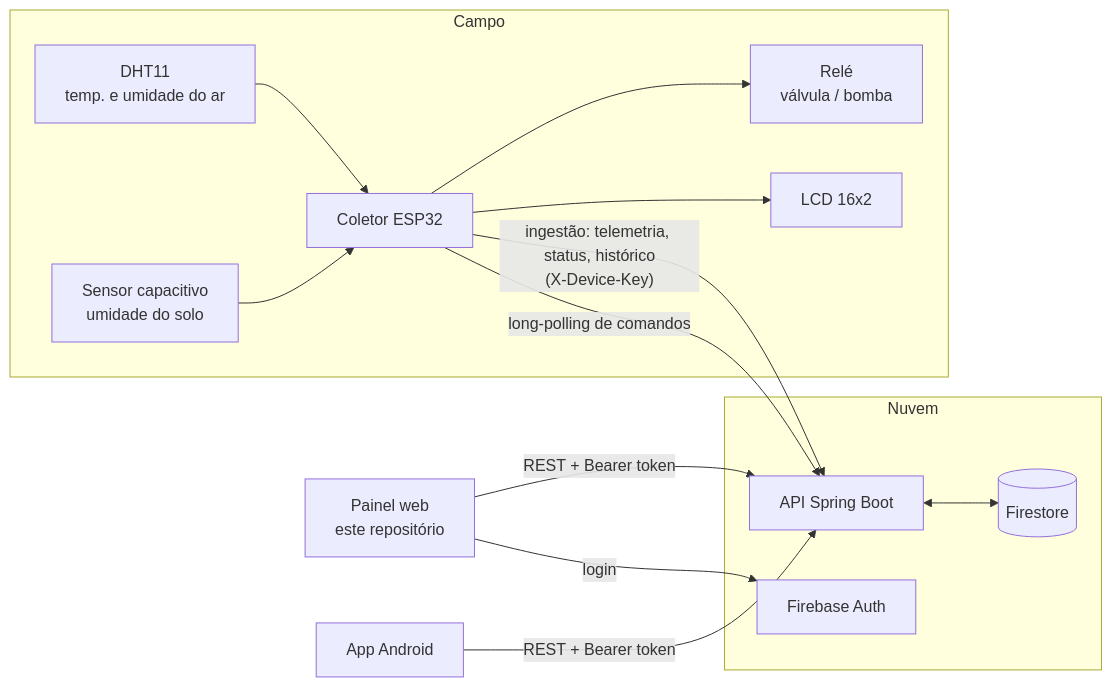
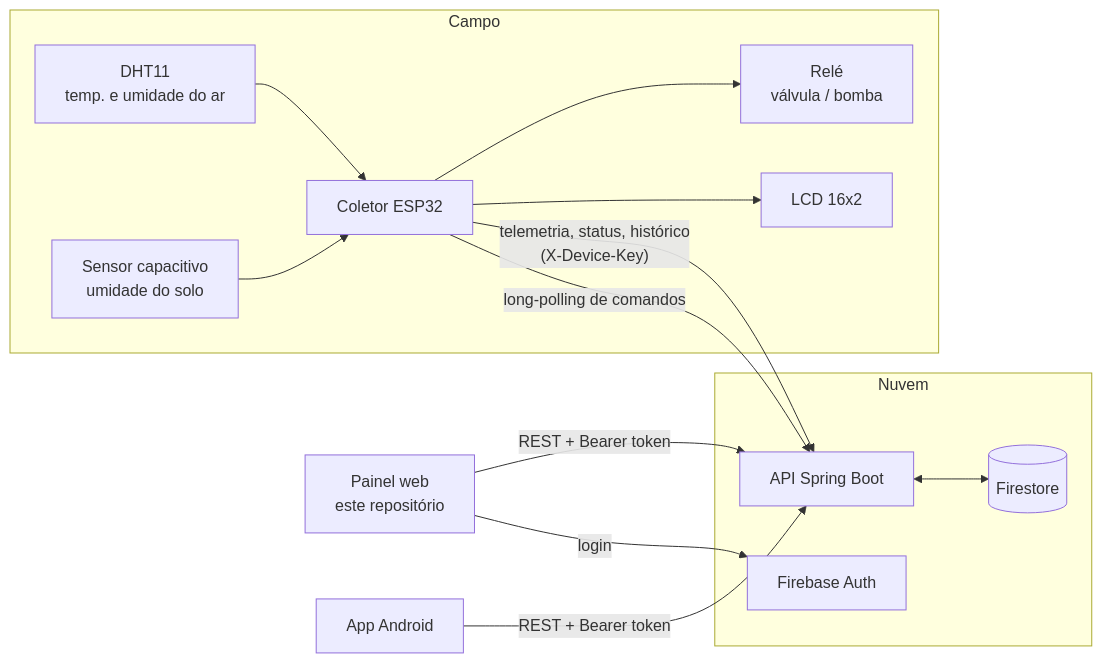
The diagram in README.md (jorgearaujor/smart-irrigation-front), drawn with Mermaid before and after one commit. The commit also changed other lines of this file, not shown here.

First line of the commit message:
Rotas do dispositivo passam para /api/devices/{id}/...

````diff
--- a/README.md
+++ b/README.md
@@ -35,30 +35,30 @@
 ```mermaid
 flowchart LR
     subgraph Campo
         S1[DHT11<br/>temp. e umidade do ar]
         S2[Sensor capacitivo<br/>umidade do solo]
         ESP[Coletor ESP32]
         R[Relé<br/>válvula / bomba]
         LCD[LCD 16x2]
         S1 --> ESP
         S2 --> ESP
         ESP --> R
         ESP --> LCD
     end
 
     subgraph Nuvem
         API[API Spring Boot]
         FS[(Firestore)]
         AUTH[Firebase Auth]
         API <--> FS
     end
 
     WEB[Painel web<br/>este repositório]
     MOB[App Android]
 
-    ESP -- "ingestão: telemetria, status, histórico<br/>(X-Device-Key)" --> API
+    ESP -- "telemetria, status, histórico<br/>(X-Device-Key)" --> API
     ESP -- "long-polling de comandos" --> API
     WEB -- "REST + Bearer token" --> API
     MOB -- "REST + Bearer token" --> API
     WEB -- login --> AUTH
 ```
````
